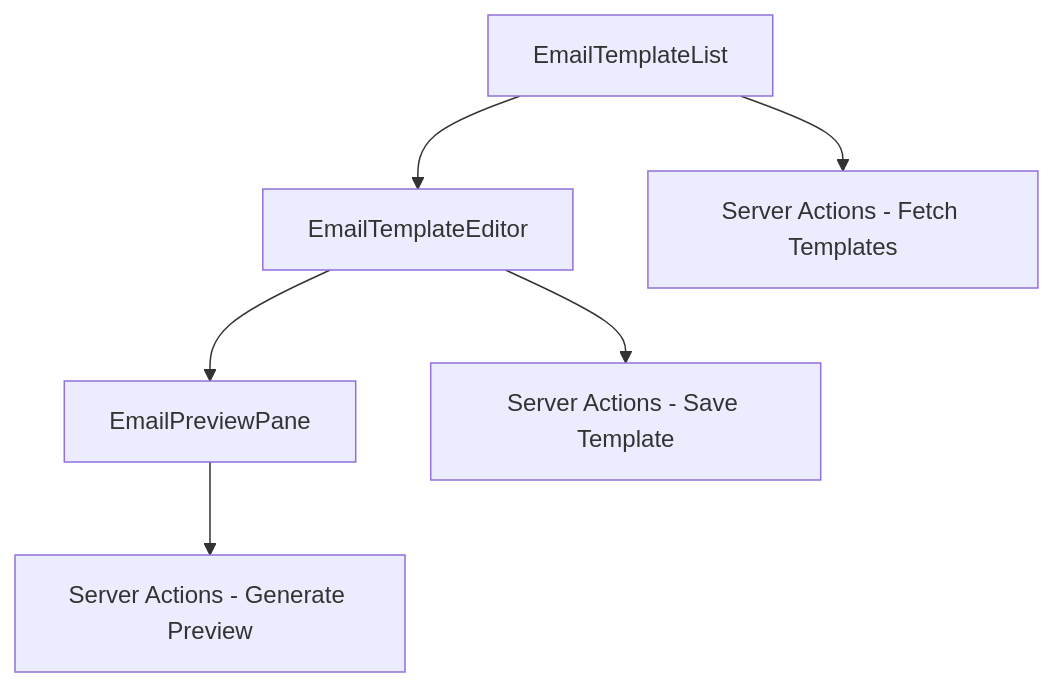
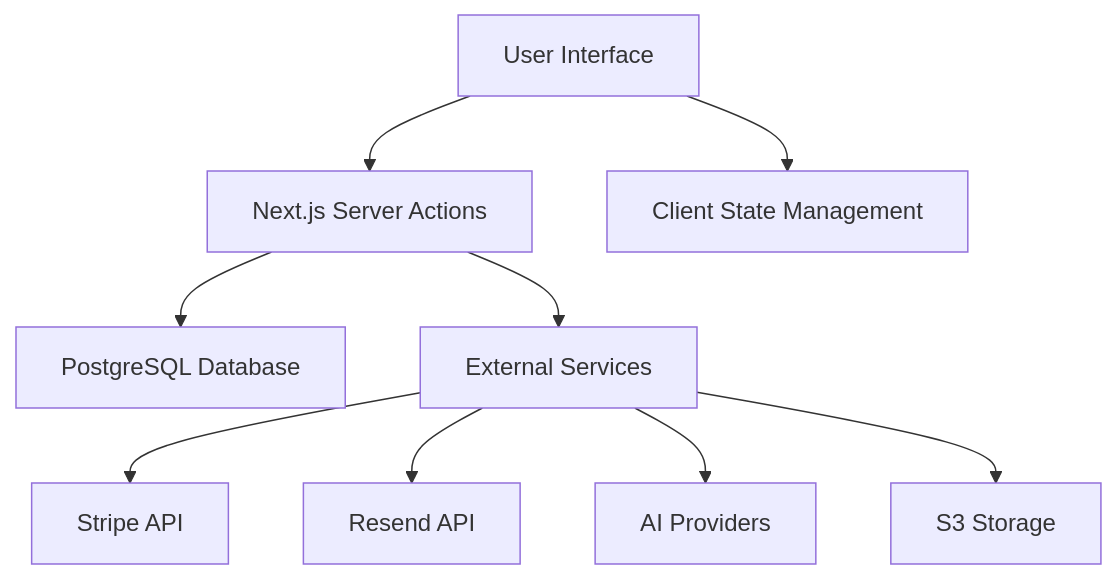
The diagram in docs/architecture.md (Gomolemo-k/email-previewer-application), drawn with Mermaid before and after one commit. The commit also changed other lines of this file and 3 other files, not shown here.

Commit message:
fixed Architecture doc

````diff
--- a/docs/architecture.md
+++ b/docs/architecture.md
@@ -175,8 +105,11 @@
 ```mermaid
 graph TD
-    A[EmailTemplateList] --> B[EmailTemplateEditor]
-    B --> C[EmailPreviewPane]
-    B --> D[Server Actions - Save Template]
-    A --> E[Server Actions - Fetch Templates]
-    C --> F[Server Actions - Generate Preview]
+    A[User Interface] --> B[Next.js Server Actions]
+    B --> C[PostgreSQL Database]
+    B --> D[External Services]
+    A --> E[Client State Management]
+    D --> F[Stripe API]
+    D --> G[Resend API]
+    D --> H[AI Providers]
+    D --> I[S3 Storage]
 ```
````
